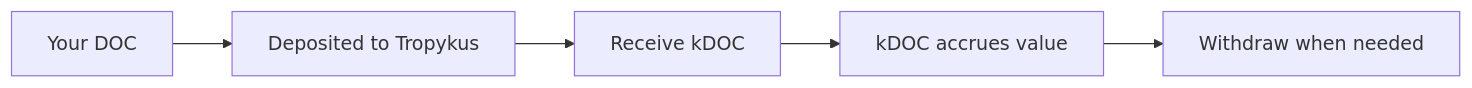
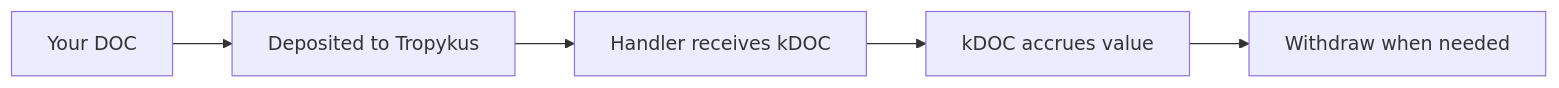
One commit to BitChillRSK/docs changed the diagram in docs/user-guide/earning-yield.md. Above: the diagram before and after it, drawn with Mermaid. The commit also changed other lines of this file and 4 other files, not shown here.

````diff
--- a/docs/user-guide/earning-yield.md
+++ b/docs/user-guide/earning-yield.md
@@ -19,7 +19,7 @@
 ```mermaid
 flowchart LR
     A[Your DOC] --> B[Deposited to Tropykus]
-    B --> C[Receive kDOC]
+    B --> C["Handler receives kDOC"]
     C --> D[kDOC accrues value]
     D --> E[Withdraw when needed]
 ```
````
